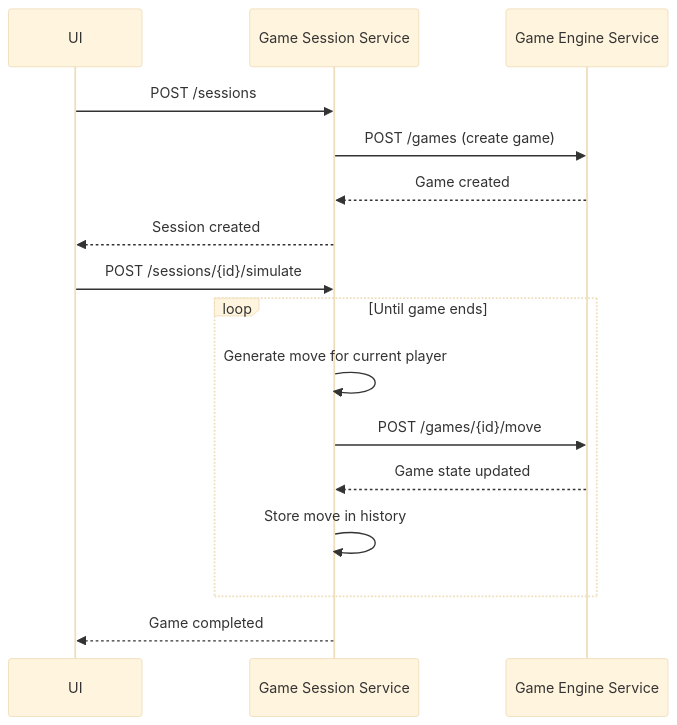
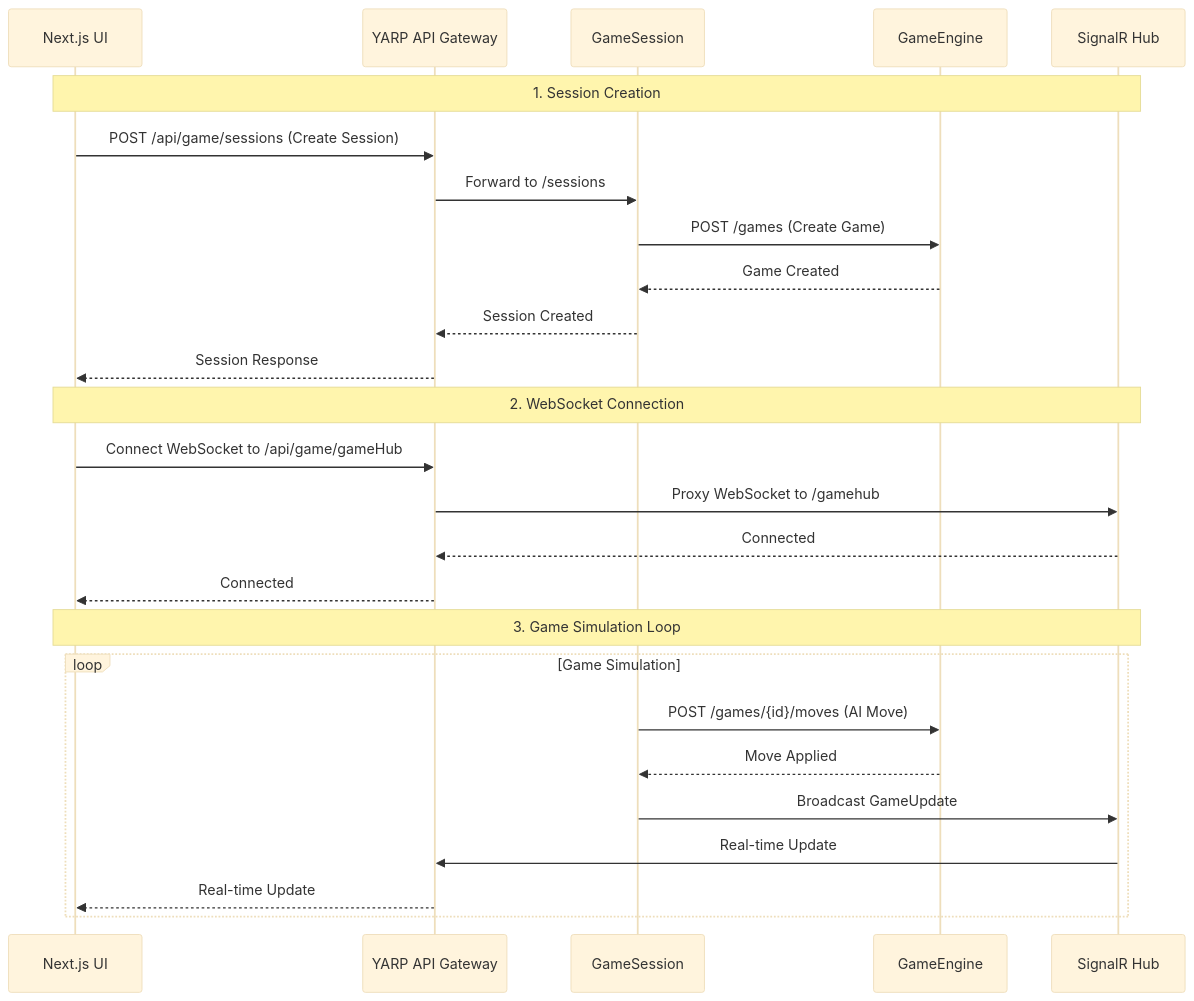
Before and after one commit to dmitrycx/TicTacToe: the second of 6 diagrams in README.md, drawn with Mermaid (base theme). The commit also changed other lines of this file and 30 other files, not shown here.

````diff
--- a/README.md
+++ b/README.md
@@ -71,20 +70,31 @@
 ```mermaid
 sequenceDiagram
-    participant UI as UI
-    participant GS as Game Session Service
-    participant GE as Game Engine Service
-    
-    UI->>GS: POST /sessions
-    GS->>GE: POST /games (create game)
-    GE-->>GS: Game created
-    GS-->>UI: Session created
-    
-    UI->>GS: POST /sessions/{id}/simulate
-    loop Until game ends
-        GS->>GS: Generate move for current player
-        GS->>GE: POST /games/{id}/move
-        GE-->>GS: Game state updated
-        GS->>GS: Store move in history
+    participant UI as Next.js UI
+    participant YARP as YARP API Gateway
+    participant GS as GameSession
+    participant GE as GameEngine
+    participant SR as SignalR Hub
+
+    Note over UI,SR: 1. Session Creation
+    UI->>YARP: POST /api/game/sessions (Create Session)
+    YARP->>GS: Forward to /sessions
+    GS->>GE: POST /games (Create Game)
+    GE-->>GS: Game Created
+    GS-->>YARP: Session Created
+    YARP-->>UI: Session Response
+
+    Note over UI,SR: 2. WebSocket Connection
+    UI->>YARP: Connect WebSocket to /api/game/gameHub
+    YARP->>SR: Proxy WebSocket to /gamehub
+    SR-->>YARP: Connected
+    YARP-->>UI: Connected
+
+    Note over UI,SR: 3. Game Simulation Loop
+    loop Game Simulation
+        GS->>GE: POST /games/{id}/moves (AI Move)
+        GE-->>GS: Move Applied
+        GS->>SR: Broadcast GameUpdate
+        SR->>YARP: Real-time Update
+        YARP-->>UI: Real-time Update
     end
-    GS-->>UI: Game completed
 ```
````
